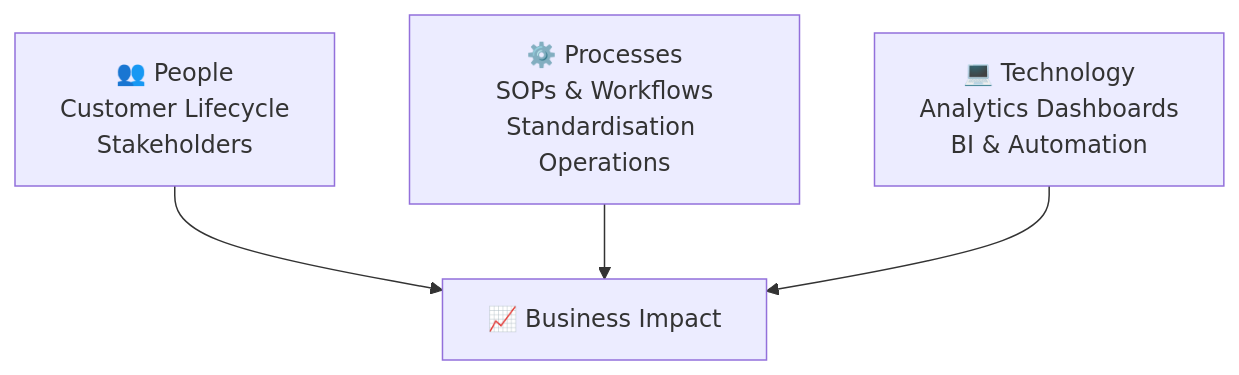
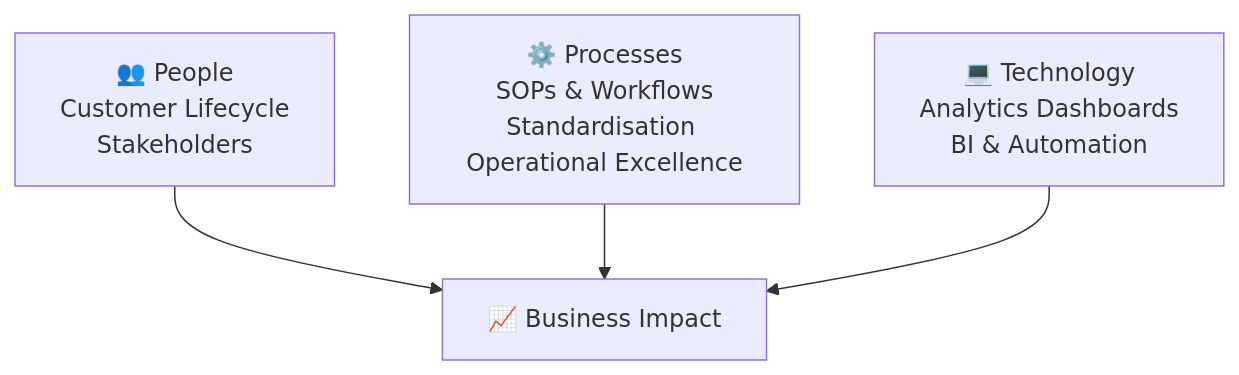
The diagram in README.md (hothanhxuan/hothanhxuan), drawn with Mermaid before and after one commit. The commit also changed other lines of this file, not shown here.

````diff
--- a/README.md
+++ b/README.md
@@ -25,10 +26,10 @@
 ```mermaid
 graph TD
     P["👥 People<br/>Customer Lifecycle<br/>Stakeholders"]
-    PR["⚙️ Processes<br/>SOPs & Workflows<br/>Standardisation Operations"]
+    PR["⚙️ Processes<br/>SOPs & Workflows<br/>Standardisation Operational Excellence"]
     T["💻 Technology<br/>Analytics Dashboards<br/>BI & Automation"]
 
     P --> BI["📈 Business Impact"]
     PR --> BI
     T --> BI
 ```
````
